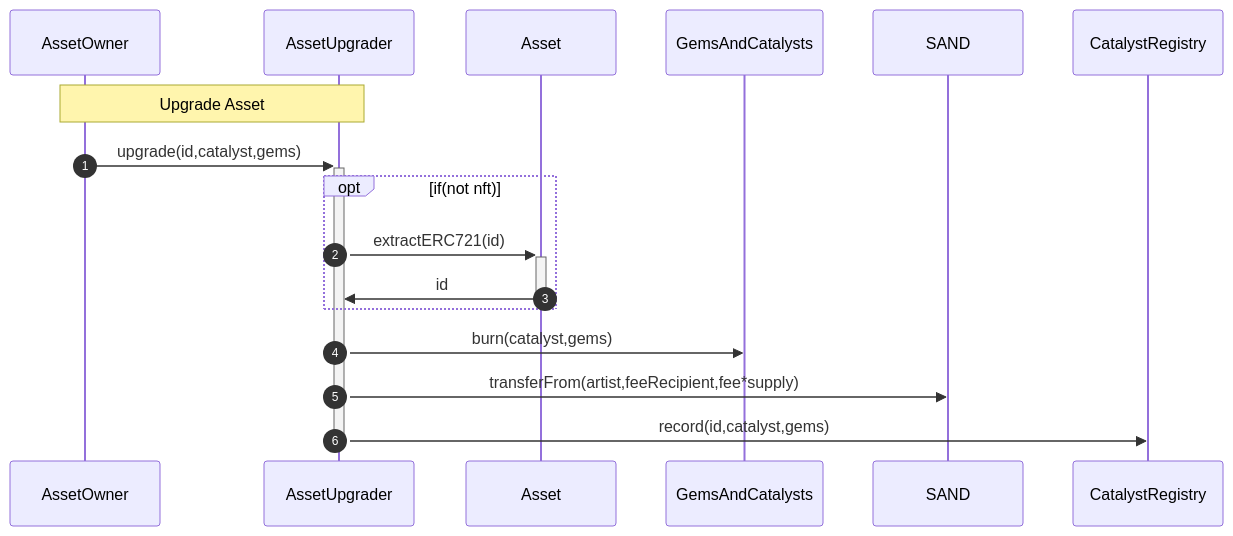
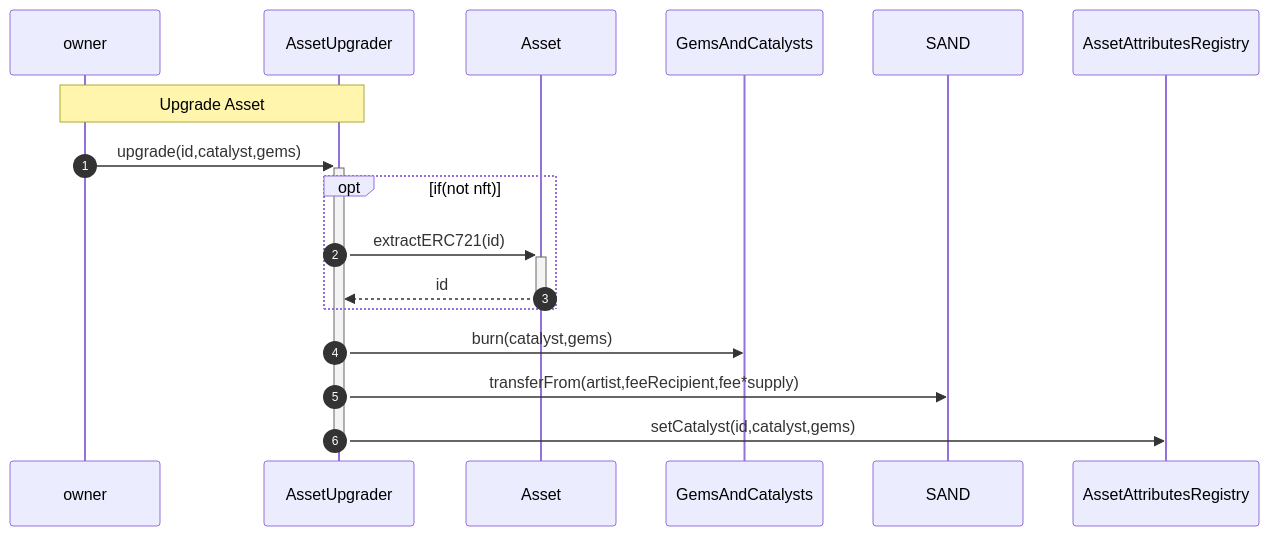
Before and after one commit to block-ninja/sandbox-smart-contracts: the diagram in documentation/diagrams/catalysts/upgrade_asset.mmd, drawn with Mermaid. The commit also changed 7 other files, not shown here.

```diff
--- a/documentation/diagrams/catalysts/upgrade_asset.mmd
+++ b/documentation/diagrams/catalysts/upgrade_asset.mmd
@@ -1,13 +1,13 @@
 sequenceDiagram
 autonumber
 
-    Note over AssetOwner, AssetUpgrader: Upgrade Asset
+    Note over owner, AssetUpgrader: Upgrade Asset
 
-    AssetOwner->>+AssetUpgrader:upgrade(id,catalyst,gems)
+    owner->>+AssetUpgrader:upgrade(id,catalyst,gems)
     opt if(not nft)
         AssetUpgrader->>+Asset:extractERC721(id)
-        Asset->>-AssetUpgrader:id
+        Asset-->>-AssetUpgrader:id
     end
     AssetUpgrader->>GemsAndCatalysts:burn(catalyst,gems)
     AssetUpgrader->>SAND:transferFrom(artist,feeRecipient,fee*supply)
-    AssetUpgrader->>-CatalystRegistry:record(id,catalyst,gems)
+    AssetUpgrader->>-AssetAttributesRegistry:setCatalyst(id,catalyst,gems)
```
